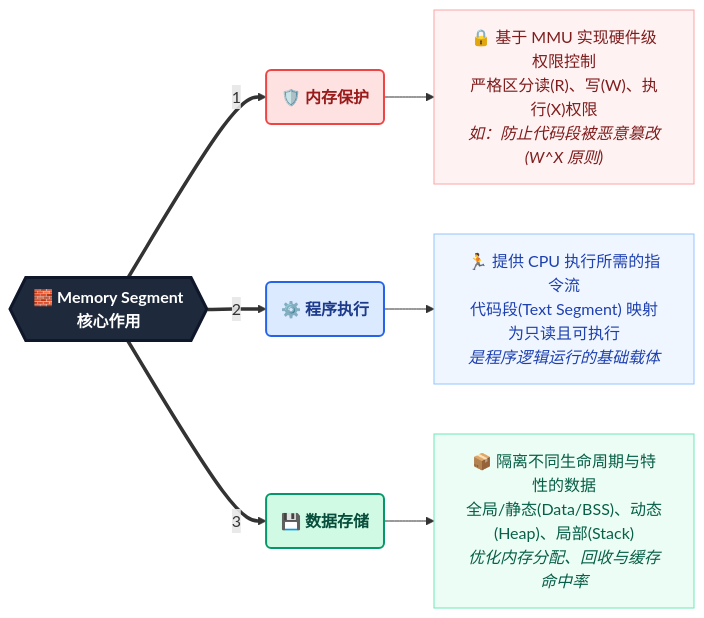
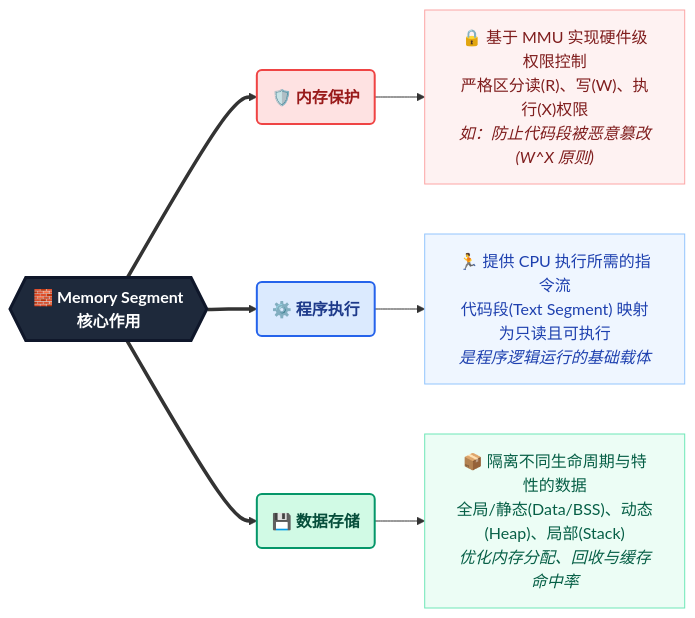
Before and after one commit to dmjcb/dmjcb.github.io: the eighth of 10 diagrams in _posts/c_c++/compile/2021-06-15-编译过程.md, drawn with Mermaid. The commit also changed other lines of this file and 26 other files, not shown here.

````diff
--- a/_posts/c_c++/compile/2021-06-15-编译过程.md
+++ b/_posts/c_c++/compile/2021-06-15-编译过程.md
@@ -900,51 +900,51 @@
 ```mermaid
 flowchart LR
     %% 样式定义(保持与前文一致的色彩系统)
     classDef center fill:#1e293b,stroke:#0f172a,stroke-width:3px,color:#ffffff,font-weight:bold,font-size:16px;
     
     classDef main_prot fill:#fee2e2,stroke:#ef4444,stroke-width:2px,color:#991b1b,font-weight:bold;
     classDef sub_prot fill:#fef2f2,stroke:#fca5a5,stroke-width:1px,color:#7f1d1d;
     
     classDef main_exec fill:#dbeafe,stroke:#2563eb,stroke-width:2px,color:#1e3a8a,font-weight:bold;
     classDef sub_exec fill:#eff6ff,stroke:#93c5fd,stroke-width:1px,color:#1e40af;
     
     classDef main_data fill:#d1fae5,stroke:#059669,stroke-width:2px,color:#064e3b,font-weight:bold;
     classDef sub_data fill:#ecfdf5,stroke:#6ee7b7,stroke-width:1px,color:#065f46;
 
     %% 中心节点
     Center{{"🧱 <b>Memory Segment</b><br/>核心作用"}}
 
     %% 1. 内存保护
     ProtMain("🛡️ <b>内存保护</b>")
     ProtSub["🔒 基于 MMU 实现硬件级权限控制<br/>严格区分读(R)、写(W)、执行(X)权限<br/><i>如：防止代码段被恶意篡改(W^X 原则)</i>"]
 
     %% 2. 程序执行
     ExecMain("⚙️ <b>程序执行</b>")
     ExecSub["🏃 提供 CPU 执行所需的指令流<br/>代码段(Text Segment) 映射为只读且可执行<br/><i>是程序逻辑运行的基础载体</i>"]
 
     %% 3. 数据存储
     DataMain("💾 <b>数据存储</b>")
     DataSub["📦 隔离不同生命周期与特性的数据<br/>全局/静态(Data/BSS)、动态(Heap)、局部(Stack)<br/><i>优化内存分配、回收与缓存命中率</i>"]
 
     %% 连线关系
-    Center ==>|1| ProtMain
+    Center ==>ProtMain
     ProtMain --> ProtSub
     
-    Center ==>|2| ExecMain
+    Center ==>ExecMain
     ExecMain --> ExecSub
     
-    Center ==>|3| DataMain
+    Center ==> DataMain
     DataMain --> DataSub
 
     %% 应用样式
     class Center center;
     
     class ProtMain main_prot;
     class ProtSub sub_prot;
     
     class ExecMain main_exec;
     class ExecSub sub_exec;
     
     class DataMain main_data;
     class DataSub sub_data;
 ```
````
